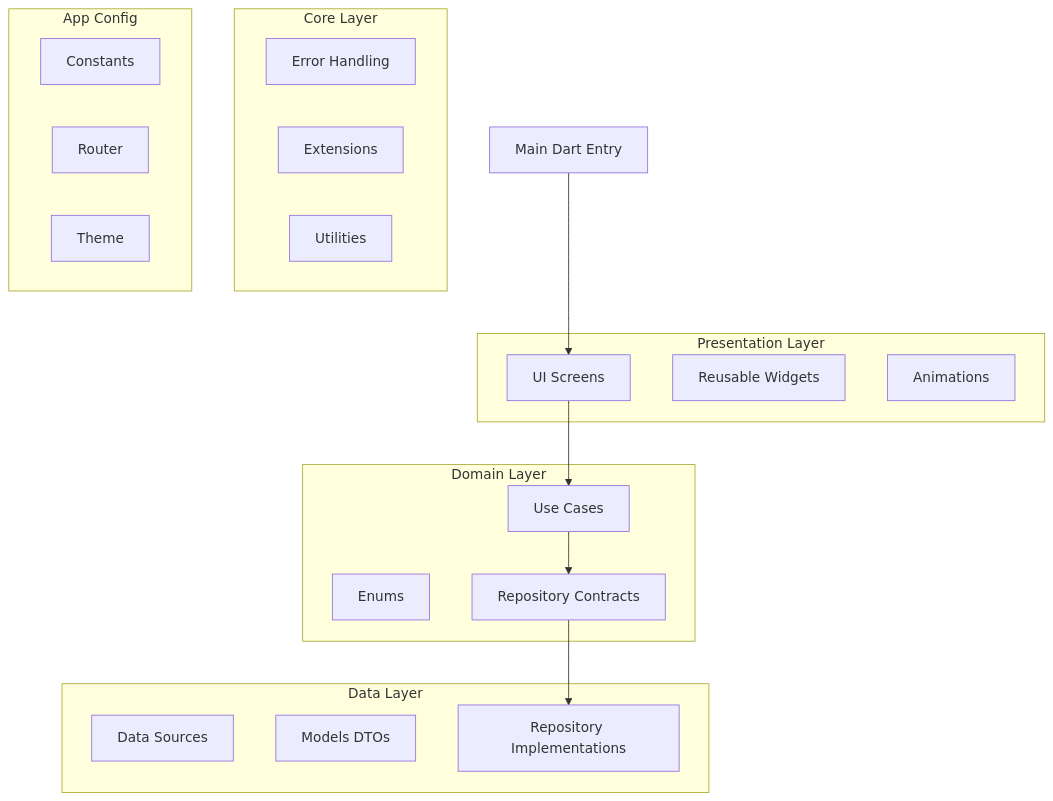
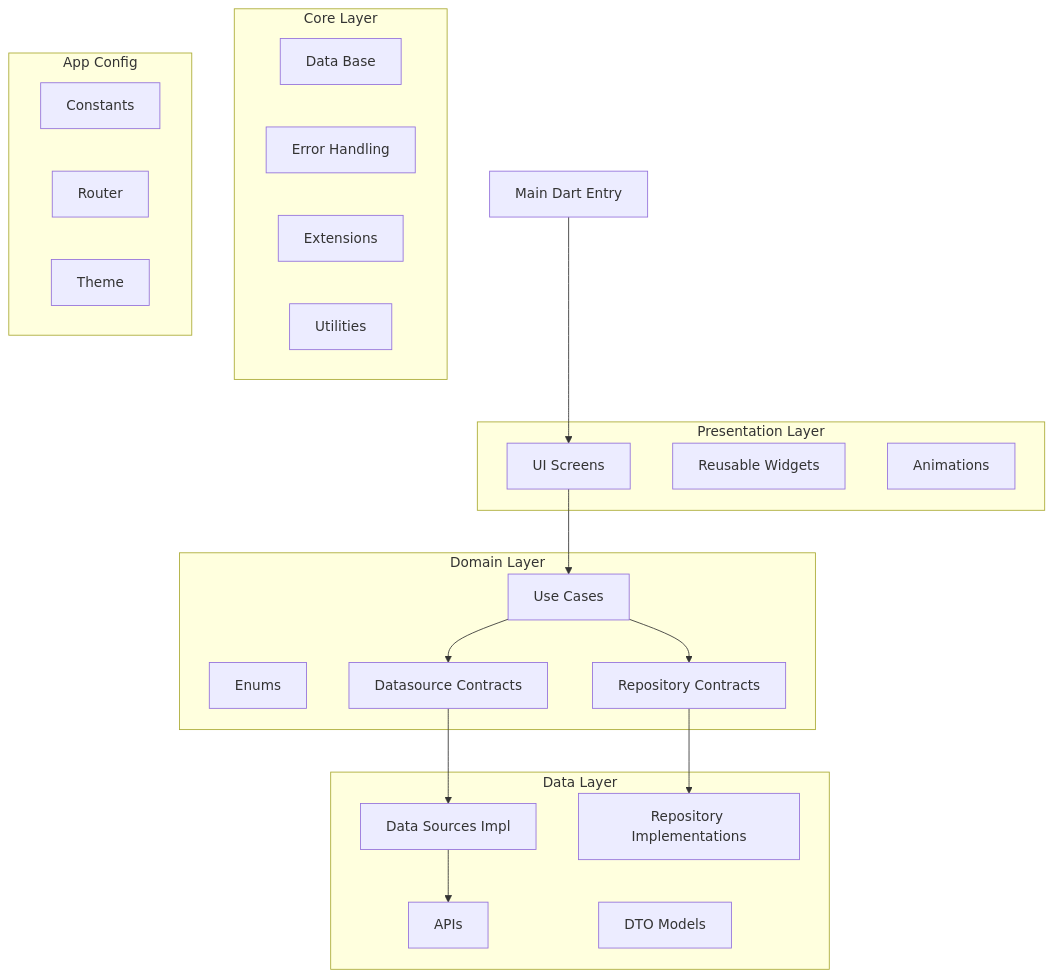
Before and after one commit to johnathan23/planets-3a: the diagram in README.md, drawn with Mermaid. The commit also changed other lines of this file, not shown here.

````diff
--- a/README.md
+++ b/README.md
@@ -36,41 +39,47 @@
 ```mermaid
 graph TD;
 
   subgraph Presentation Layer
     UI[UI Screens]
     Widgets[Reusable Widgets]
     Animations[Animations]
   end
 
   subgraph Domain Layer
     UseCases[Use Cases]
     Enums[Enums]
     DomainRepos[Repository Contracts]
+    DomainDS[Datasource Contracts]
   end
 
   subgraph Data Layer
-    DataSources[Data Sources]
-    Models[Models DTOs]
+    API[APIs]
+    DataSources[Data Sources Impl]
+    Models[DTO Models]
     DataRepos[Repository Implementations]
   end
 
   subgraph Core Layer
+    DB[Data Base]
     Errors[Error Handling]
     Extensions[Extensions]
     Utils[Utilities]
   end
 
   subgraph App Config
     Constants[Constants]
     Router[Router]
     Theme[Theme]
   end
 
   Main[Main Dart Entry]
 
-  %% Dependencies (flow of calls, not coupling)
+  %% Flow
   Main --> UI
   UI --> UseCases
   UseCases --> DomainRepos
+  UseCases --> DomainDS
   DomainRepos --> DataRepos
+  DomainDS --> DataSources
+  DataSources --> API
 ```
````
